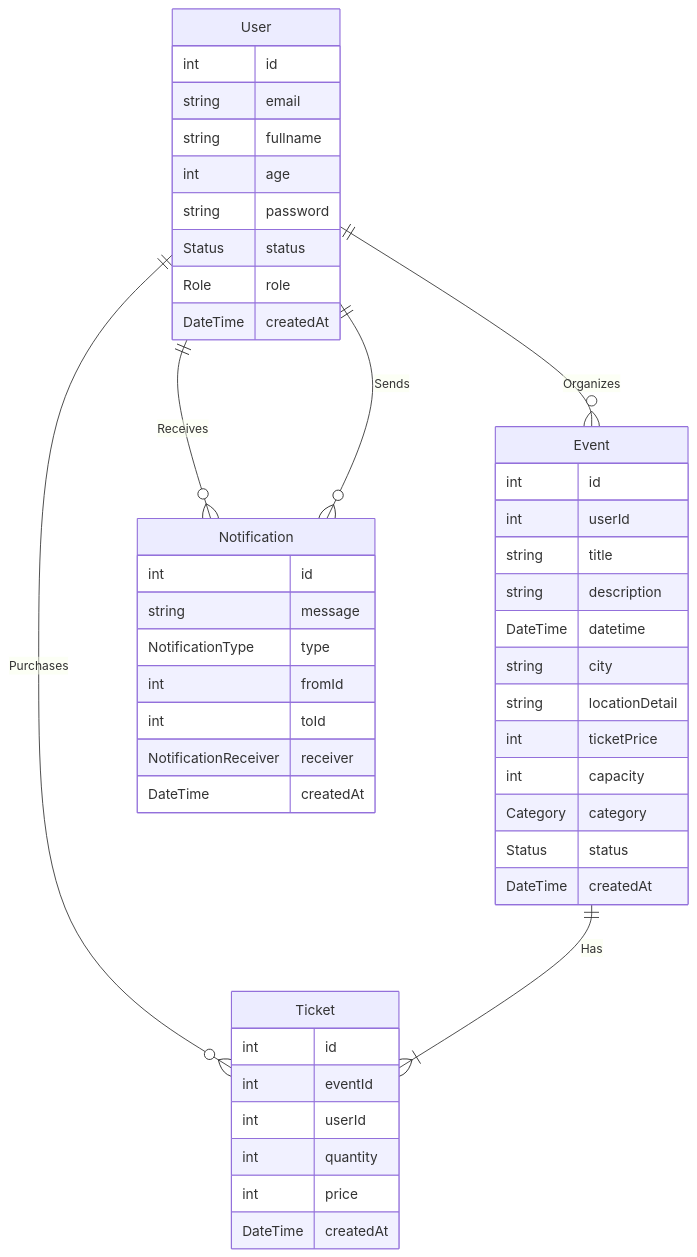
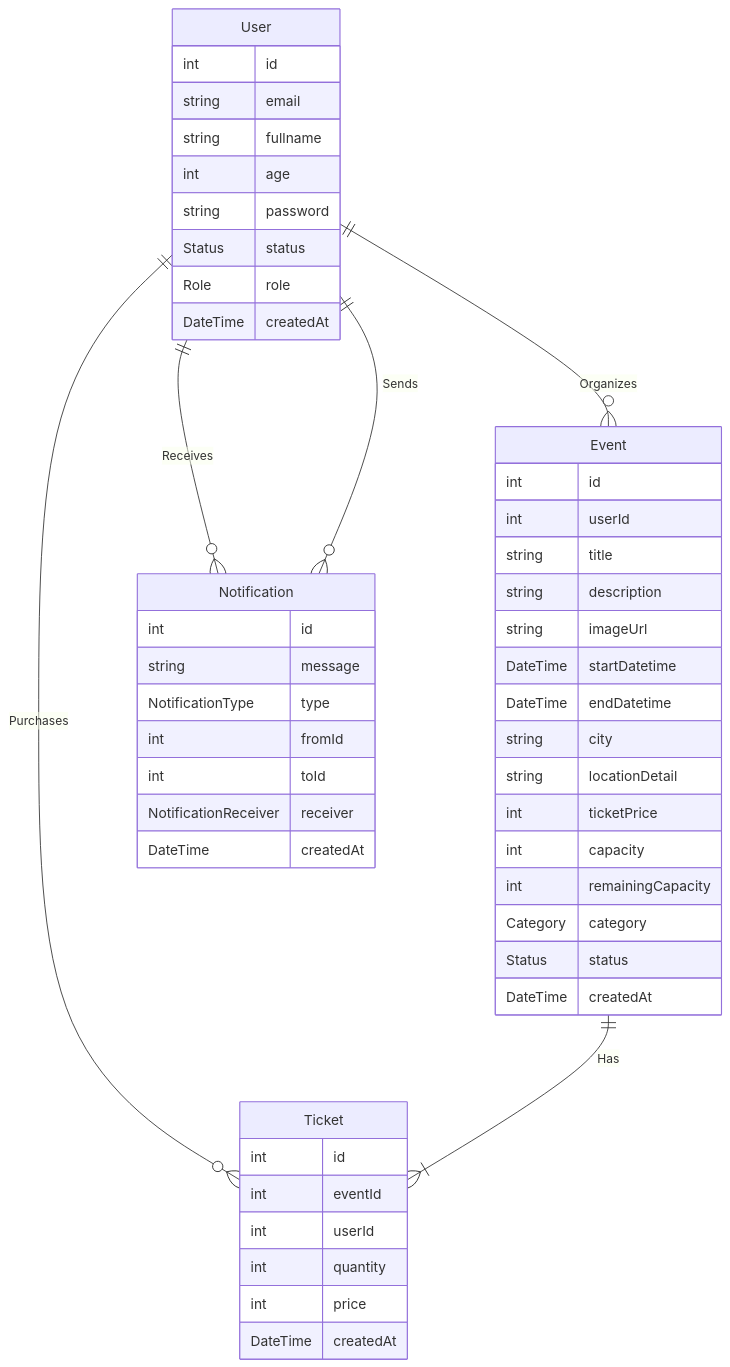
Before and after one commit to barudak-well/setiket: the diagram in docs/setiket-erd.md, drawn with Mermaid. The commit also changed 1 other file, not shown here.

Commit message:
docs : updated diagrams

````diff
--- a/docs/setiket-erd.md
+++ b/docs/setiket-erd.md
@@ -1,55 +1,58 @@
 ```mermaid
 erDiagram
   User ||--o{ Event : "Organizes"
   User ||--o{ Ticket : "Purchases"
   User ||--o{ Notification : "Receives"
 
   Event ||--|{ Ticket : "Has"
   User ||--o{ Notification : "Sends"
 
   Event {
     int id
     int userId
     string title
     string description
-    DateTime datetime
+    string imageUrl
+    DateTime startDatetime
+    DateTime endDatetime
     string city
     string locationDetail
     int ticketPrice
     int capacity
+    int remainingCapacity
     Category category
     Status status
     DateTime createdAt
   }
 
   Ticket {
     int id
     int eventId
     int userId
     int quantity
     int price
     DateTime createdAt
   }
 
   User {
     int id
     string email
     string fullname
     int age
     string password
     Status status
     Role role
     DateTime createdAt
   }
 
   Notification {
     int id
     string message
     NotificationType type
     int fromId
     int toId
     NotificationReceiver receiver
     DateTime createdAt
   }
 
 ```
````
